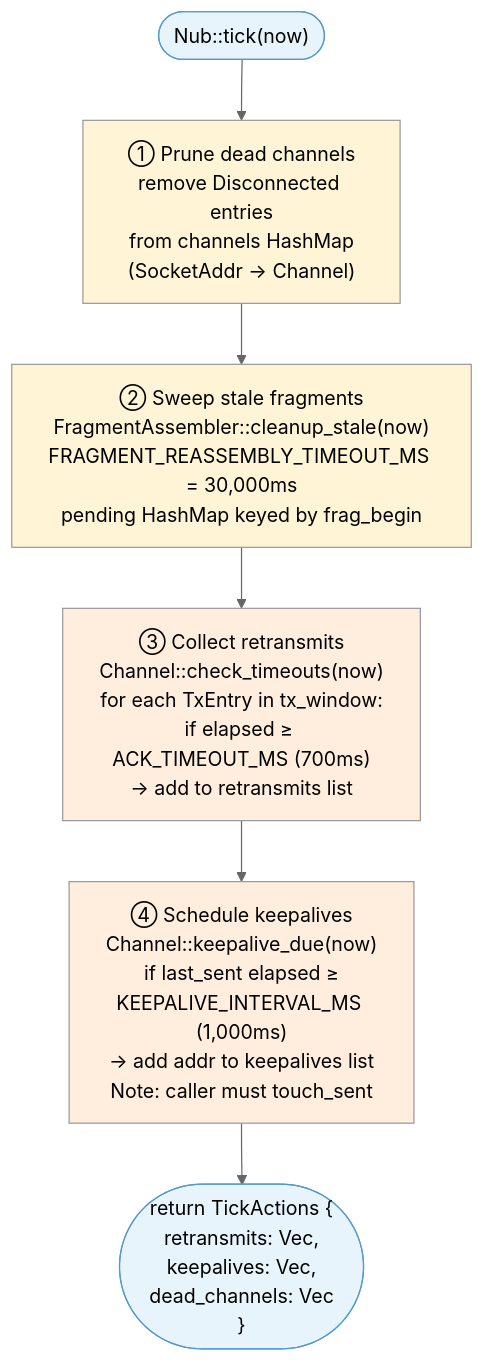
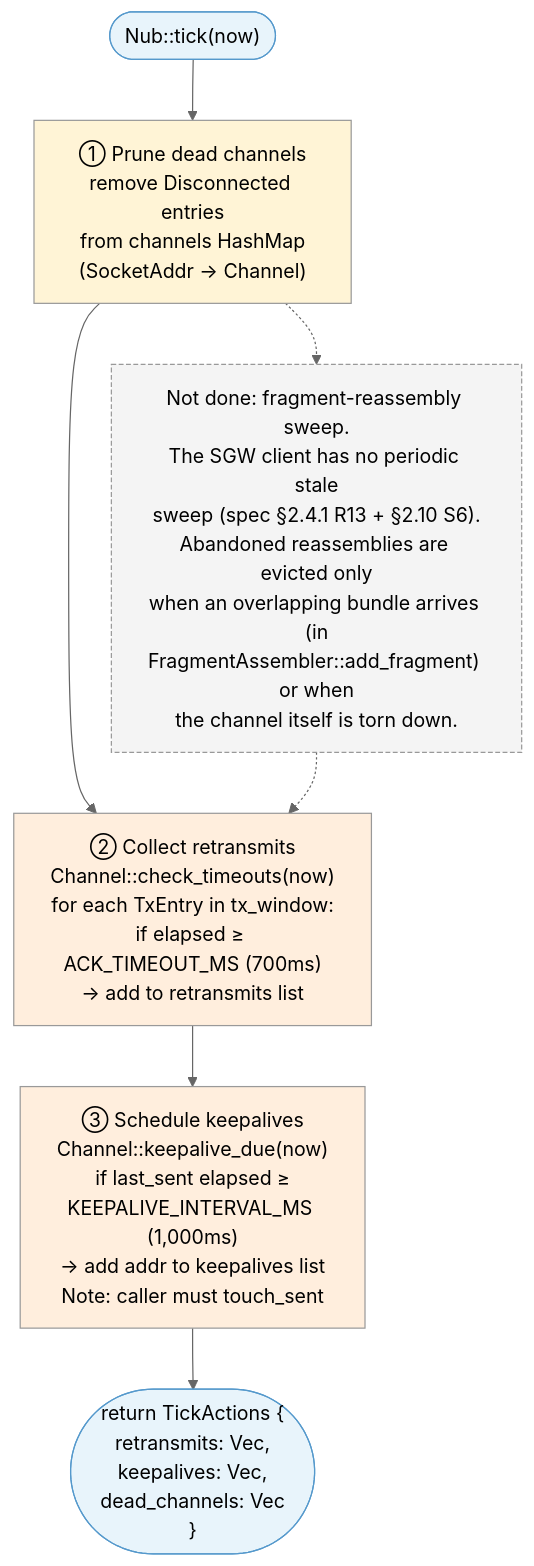
One commit to SandboxServers/Cimmeria changed the diagram in docs/drafts/spec/figures/sources/mercury-04-nub-tick-loop.mmd. Above: the diagram before and after it, drawn with Mermaid (neutral theme). The commit also changed 3 other files, not shown here.

```diff
--- a/docs/drafts/spec/figures/sources/mercury-04-nub-tick-loop.mmd
+++ b/docs/drafts/spec/figures/sources/mercury-04-nub-tick-loop.mmd
@@ -1,25 +1,26 @@
 %%{init: {"flowchart": {"htmlLabels": false}}}%%
 flowchart TD
     START(["Nub::tick(now)"])
 
     START --> PRUNE
     PRUNE["① Prune dead channels\nremove Disconnected entries\nfrom channels HashMap\n(SocketAddr → Channel)"]
 
-    PRUNE --> STALE
-    STALE["② Sweep stale fragments\nFragmentAssembler::cleanup_stale(now)\nFRAGMENT_REASSEMBLY_TIMEOUT_MS = 30,000ms\npending HashMap keyed by frag_begin"]
-
-    STALE --> TIMEOUT
-    TIMEOUT["③ Collect retransmits\nChannel::check_timeouts(now)\nfor each TxEntry in tx_window:\nif elapsed ≥ ACK_TIMEOUT_MS (700ms)\n→ add to retransmits list"]
+    PRUNE --> TIMEOUT
+    TIMEOUT["② Collect retransmits\nChannel::check_timeouts(now)\nfor each TxEntry in tx_window:\nif elapsed ≥ ACK_TIMEOUT_MS (700ms)\n→ add to retransmits list"]
 
     TIMEOUT --> KEEPALIVE
-    KEEPALIVE["④ Schedule keepalives\nChannel::keepalive_due(now)\nif last_sent elapsed ≥\nKEEPALIVE_INTERVAL_MS (1,000ms)\n→ add addr to keepalives list\nNote: caller must touch_sent"]
+    KEEPALIVE["③ Schedule keepalives\nChannel::keepalive_due(now)\nif last_sent elapsed ≥\nKEEPALIVE_INTERVAL_MS (1,000ms)\n→ add addr to keepalives list\nNote: caller must touch_sent"]
 
     KEEPALIVE --> RETURN
     RETURN(["return TickActions {\n  retransmits: Vec,\n  keepalives: Vec,\n  dead_channels: Vec\n}"])
 
+    NOTE["Not done: fragment-reassembly sweep.\nThe SGW client has no periodic stale\nsweep (spec §2.4.1 R13 + §2.10 S6).\nAbandoned reassemblies are evicted only\nwhen an overlapping bundle arrives (in\nFragmentAssembler::add_fragment) or when\nthe channel itself is torn down."]
+    PRUNE -.-> NOTE
+    NOTE -.-> TIMEOUT
+
     style START fill:#e8f4fb,stroke:#5599cc
     style RETURN fill:#e8f4fb,stroke:#5599cc
     style PRUNE fill:#fff4d6
-    style STALE fill:#fff4d6
     style TIMEOUT fill:#ffeedd
     style KEEPALIVE fill:#ffeedd
+    style NOTE fill:#f4f4f4,stroke:#999,stroke-dasharray:4 2
```
